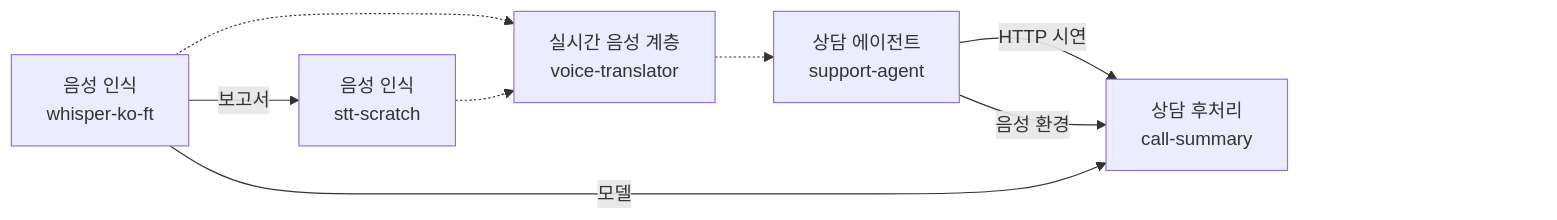
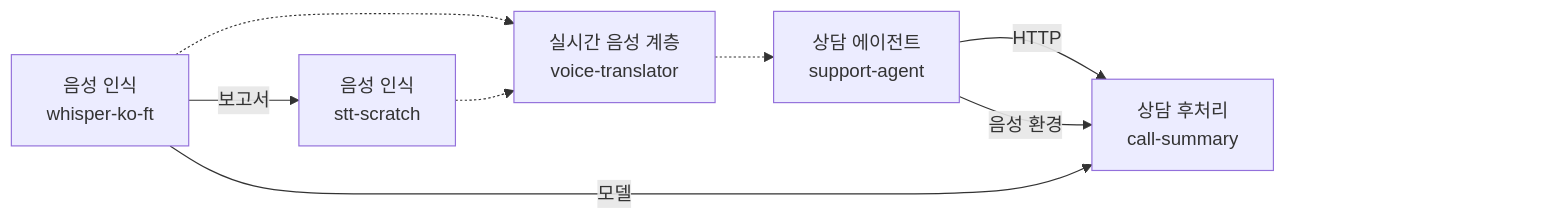
One commit to hyeonbin123/korean-voice-ai changed the diagram in README.md. Above: the diagram before and after it, drawn with Mermaid. The commit also changed 2 other files, not shown here.

Commit message:
Describe the consult-to-summary link and register its scan criteria pairs
The support agent can now call the summary service itself, so the flow
diagram's arrow between the two reads "HTTP" instead of "HTTP demo".
docs/architecture.md lists the link as the fourth place where code
joins the components (off by default, made on an admin's request, and
checked by the one-call demo), mentions the new admin action in the
component table, and points the compose anchor at the current line.

tools/evidence.toml gets the two "criteria first, then the result"
pairs of the support agent's scans 17 and 18.

````diff
--- a/README.md
+++ b/README.md
@@ -10,21 +10,21 @@
 ```mermaid
 flowchart LR
     whisper["음성 인식<br/>whisper-ko-ft"]
     stt["음성 인식<br/>stt-scratch"]
     voice["실시간 음성 계층<br/>voice-translator"]
     agent["상담 에이전트<br/>support-agent"]
     summary["상담 후처리<br/>call-summary"]
     whisper -.-> voice
     stt -.-> voice
     voice -.-> agent
-    agent -->|"HTTP 시연"| summary
+    agent -->|"HTTP"| summary
     whisper -->|"보고서"| stt
     whisper -->|"모델"| summary
     agent -->|"음성 환경"| summary
     %% GitHub가 그림 오른쪽 아래에 늘 띄우는 확대·이동 버튼이 마지막 상자를 가리지 않게, 보이지 않는 빈 칸 둘을 오른쪽에 둔다.
     padA[" "]
     padB[" "]
     summary ~~~ padA ~~~ padB
     classDef blank fill:none,stroke:none
     class padA,padB blank
 ```
````
